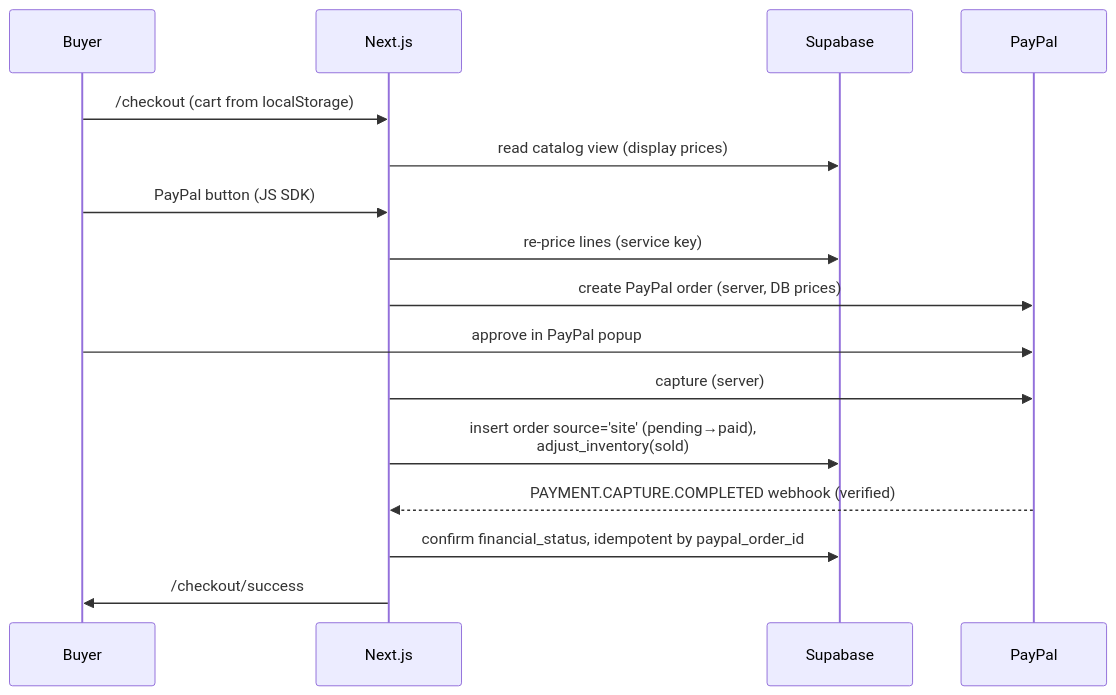
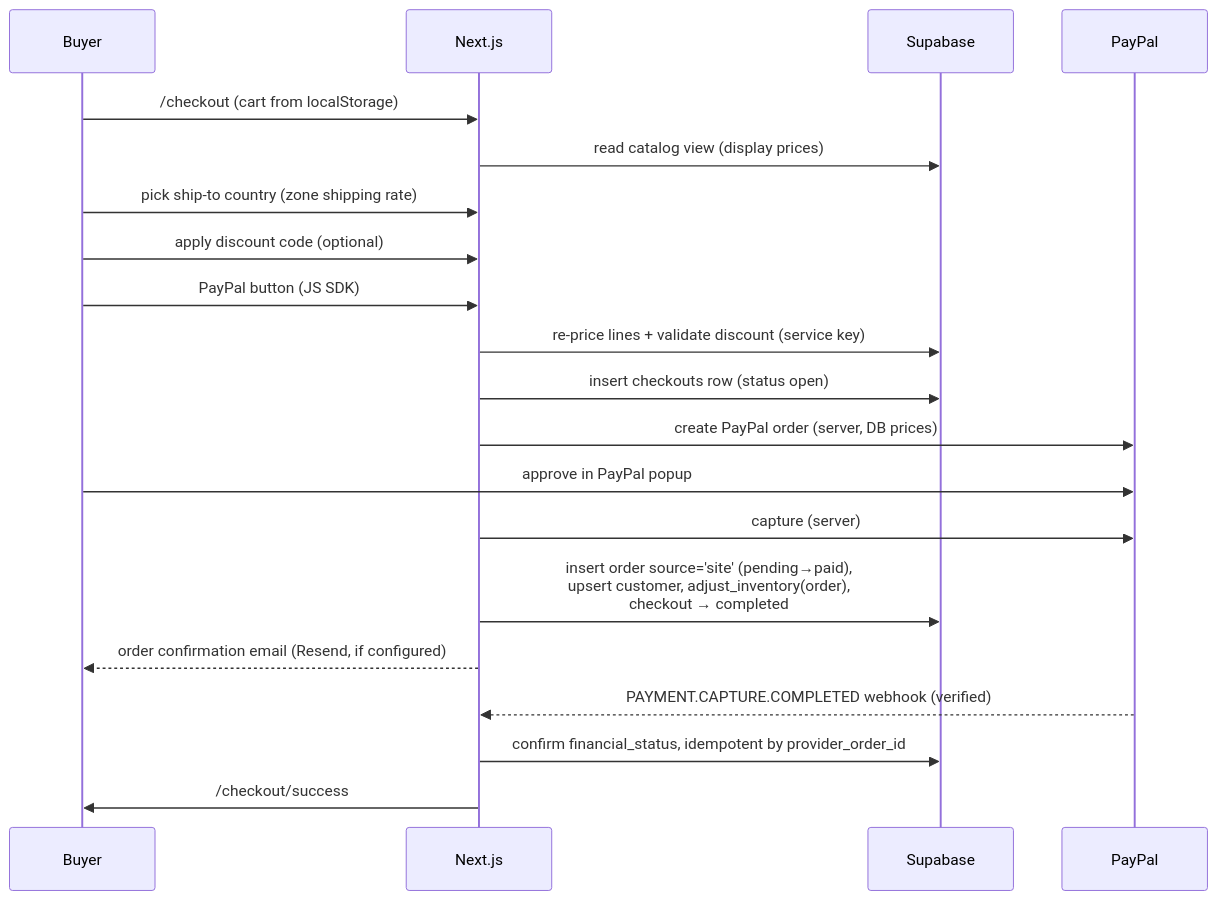
Before and after one commit to CharlesChi715/goldrose-storefront: the second of 2 diagrams in docs/admin-design.md, drawn with Mermaid. The commit also changed other lines of this file and 2 other files, not shown here.

````diff
--- a/docs/admin-design.md
+++ b/docs/admin-design.md
@@ -297,18 +777,22 @@
 ```mermaid
 sequenceDiagram
   participant B as Buyer
   participant N as Next.js
   participant DB as Supabase
   participant P as PayPal
   B->>N: /checkout (cart from localStorage)
   N->>DB: read catalog view (display prices)
+  B->>N: pick ship-to country (zone shipping rate)
+  B->>N: apply discount code (optional)
   B->>N: PayPal button (JS SDK)
-  N->>DB: re-price lines (service key)
+  N->>DB: re-price lines + validate discount (service key)
+  N->>DB: insert checkouts row (status open)
   N->>P: create PayPal order (server, DB prices)
   B->>P: approve in PayPal popup
   N->>P: capture (server)
-  N->>DB: insert order source='site' (pending→paid),<br/>adjust_inventory(sold)
+  N->>DB: insert order source='site' (pending→paid),<br/>upsert customer, adjust_inventory(order),<br/>checkout → completed
+  N-->>B: order confirmation email (Resend, if configured)
   P-->>N: PAYMENT.CAPTURE.COMPLETED webhook (verified)
-  N->>DB: confirm financial_status, idempotent by paypal_order_id
+  N->>DB: confirm financial_status, idempotent by provider_order_id
   N->>B: /checkout/success
 ```
````
